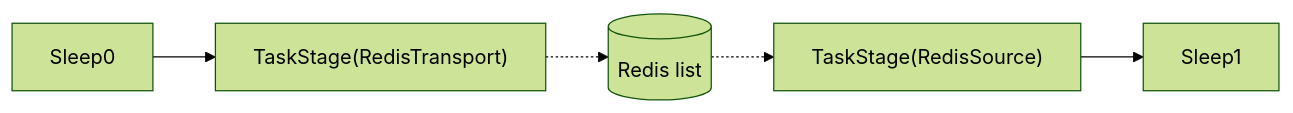
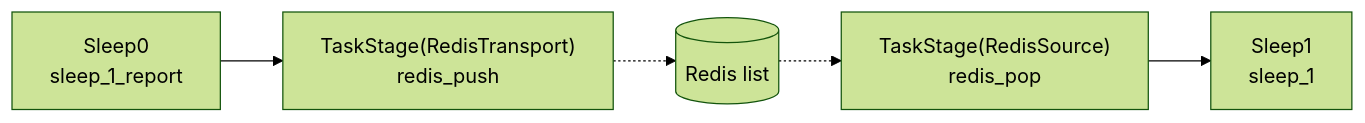
Before and after one commit to Mr-xiaotian/CelestialFlow: the fourth of 4 diagrams in docs/zh-CN/demo/demo_redis.md, drawn with Mermaid (forest theme). The commit also changed other lines of this file and 67 other files, not shown here.

````diff
--- a/docs/zh-CN/demo/demo_redis.md
+++ b/docs/zh-CN/demo/demo_redis.md
@@ -291,7 +252,7 @@
 ```mermaid
 flowchart LR
-    Sleep0["Sleep0"] --> Transport["TaskStage(RedisTransport)"]
+    Sleep0["Sleep0<br/>sleep_1_report"] --> Transport["TaskStage(RedisTransport)<br/>redis_push"]
     Transport -.-> Redis[(Redis list)]
-    Redis -.-> Source["TaskStage(RedisSource)"] 
-    Source --> Sleep1["Sleep1"]
+    Redis -.-> Source["TaskStage(RedisSource)<br/>redis_pop"]
+    Source --> Sleep1["Sleep1<br/>sleep_1"]
 ```
````
